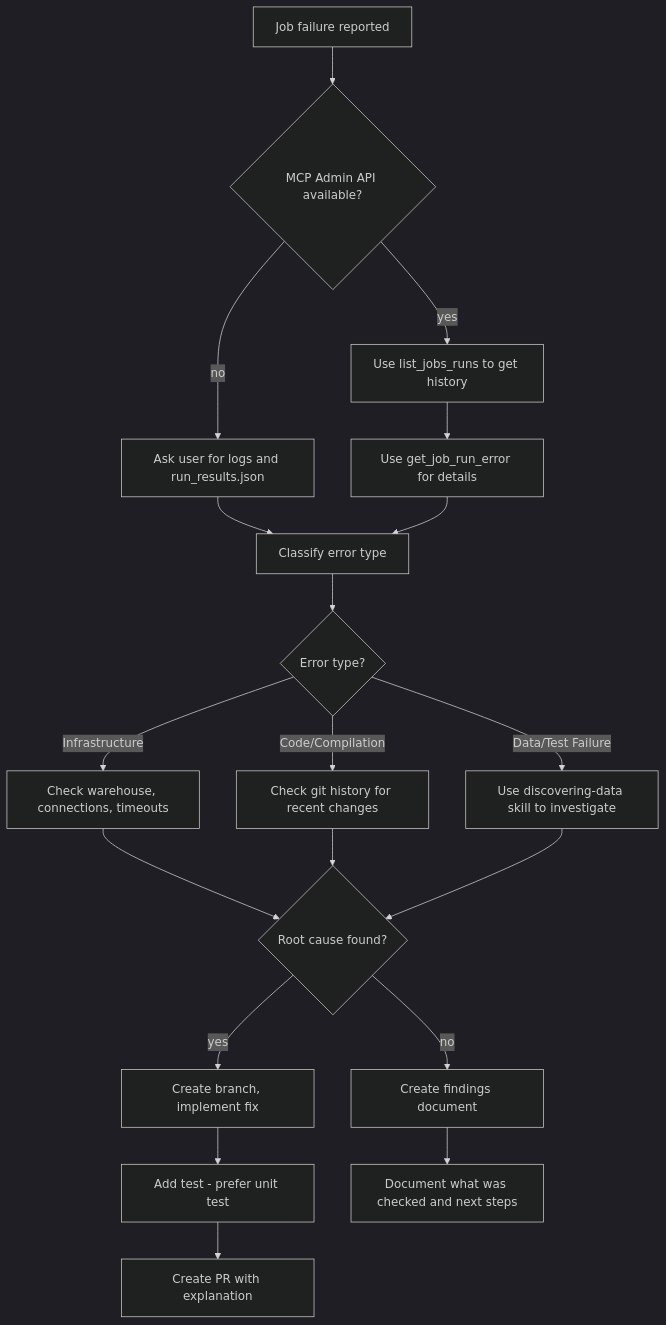
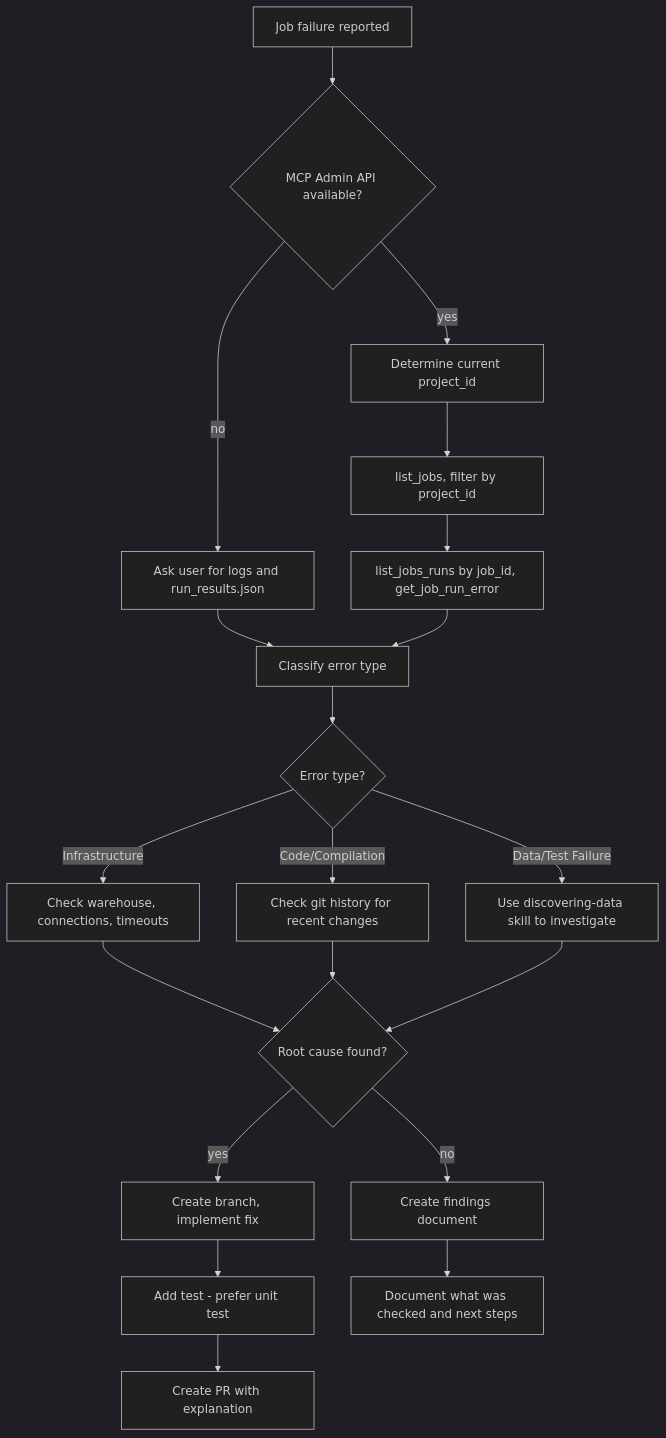
The diagram in skills/dbt/skills/troubleshooting-dbt-job-errors/SKILL.md (dbt-labs/dbt-agent-skills), drawn with Mermaid (dark theme) before and after one commit. The commit also changed other lines of this file, not shown here.

First line of the commit message:
DI-4173: add Step 0 to scope job debugging to the current project

````diff
--- a/skills/dbt/skills/troubleshooting-dbt-job-errors/SKILL.md
+++ b/skills/dbt/skills/troubleshooting-dbt-job-errors/SKILL.md
@@ -40,21 +40,22 @@
 ```mermaid
 flowchart TD
     A[Job failure reported] --> B{MCP Admin API available?}
-    B -->|yes| C[Use list_jobs_runs to get history]
+    B -->|yes| C[Determine current project_id]
     B -->|no| D[Ask user for logs and run_results.json]
-    C --> E[Use get_job_run_error for details]
+    C --> C2[list_jobs, filter by project_id]
+    C2 --> E[list_jobs_runs by job_id, get_job_run_error]
     D --> F[Classify error type]
     E --> F
     F --> G{Error type?}
     G -->|Infrastructure| H[Check warehouse, connections, timeouts]
     G -->|Code/Compilation| I[Check git history for recent changes]
     G -->|Data/Test Failure| J[Use discovering-data skill to investigate]
     H --> K{Root cause found?}
     I --> K
     J --> K
     K -->|yes| L[Create branch, implement fix]
     K -->|no| M[Create findings document]
     L --> N[Add test - prefer unit test]
     N --> O[Create PR with explanation]
     M --> P[Document what was checked and next steps]
 ```
````
